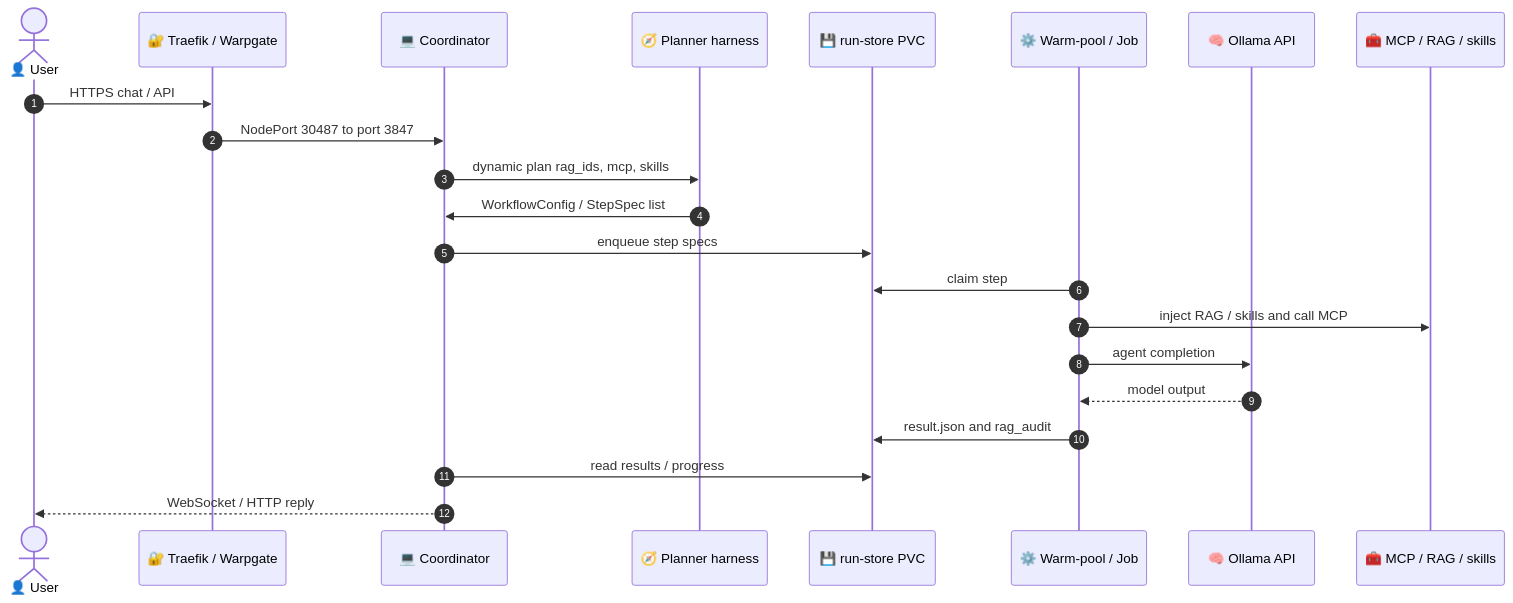
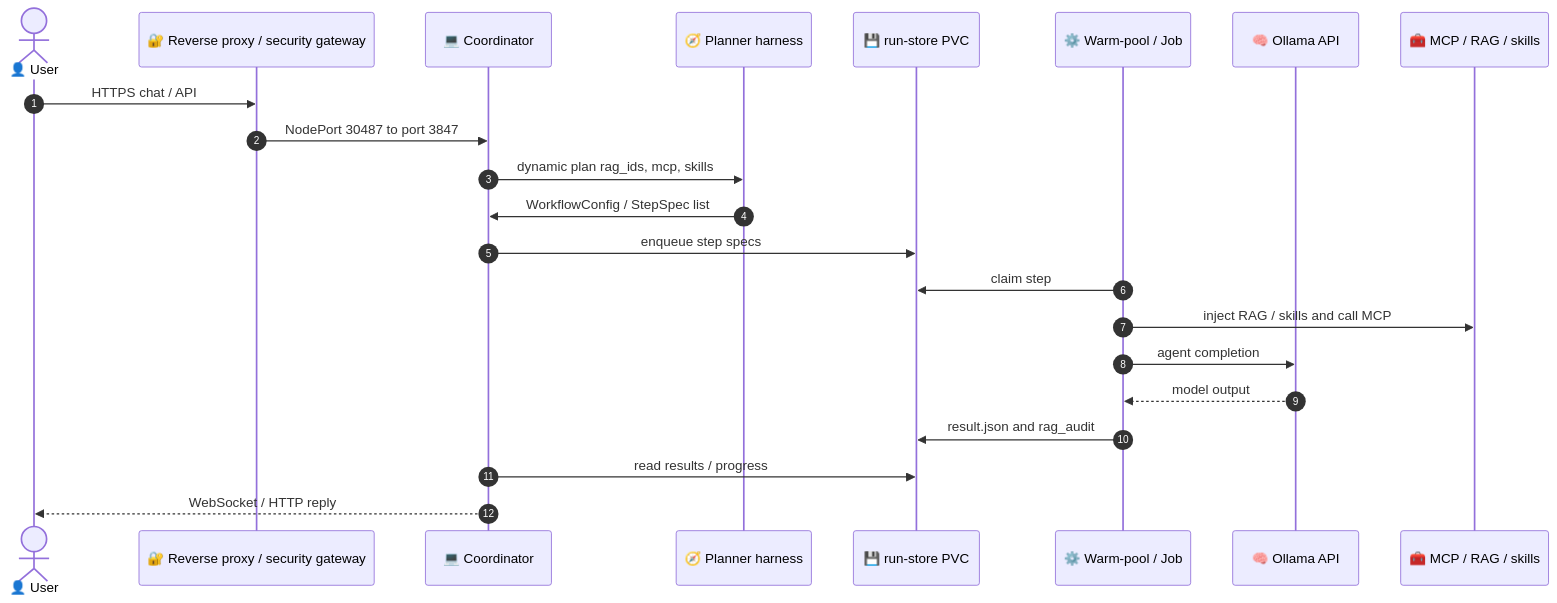
The second of 3 diagrams in docs/system-architecture/index.md (zlatko-lakisic/agentic-orchestration), drawn with Mermaid before and after one commit. The commit also changed other lines of this file and 29 other files, not shown here.

First line of the commit message:
Use generic edge and proxy terms in docs and UI copy.

````diff
--- a/docs/system-architecture/index.md
+++ b/docs/system-architecture/index.md
@@ -86,25 +86,25 @@
 ```mermaid
 sequenceDiagram
   autonumber
   actor User as 👤 User
-  participant Edge as 🔐 Traefik / Warpgate
+  participant Edge as 🔐 Reverse proxy / security gateway
   participant Coord as 💻 Coordinator
   participant Plan as 🧭 Planner harness
   participant Store as 💾 run-store PVC
   participant Worker as ⚙️ Warm-pool / Job
   participant LLM as 🧠 Ollama API
   participant Tools as 🧰 MCP / RAG / skills
 
   User->>Edge: HTTPS chat / API
   Edge->>Coord: NodePort 30487 to port 3847
   Coord->>Plan: dynamic plan rag_ids, mcp, skills
   Plan->>Coord: WorkflowConfig / StepSpec list
   Coord->>Store: enqueue step specs
   Worker->>Store: claim step
   Worker->>Tools: inject RAG / skills and call MCP
   Worker->>LLM: agent completion
   LLM-->>Worker: model output
   Worker->>Store: result.json and rag_audit
   Coord->>Store: read results / progress
   Coord-->>User: WebSocket / HTTP reply
 ```
````
